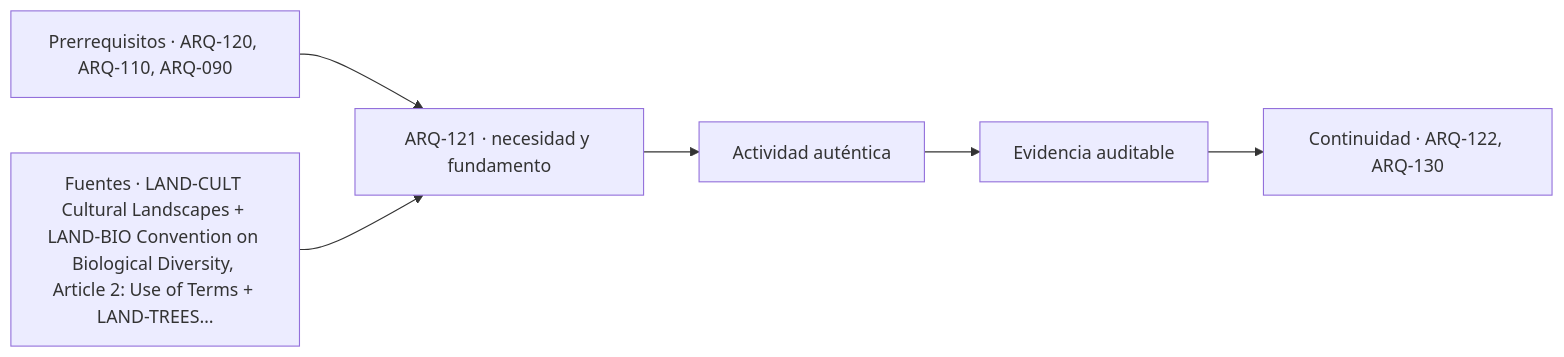
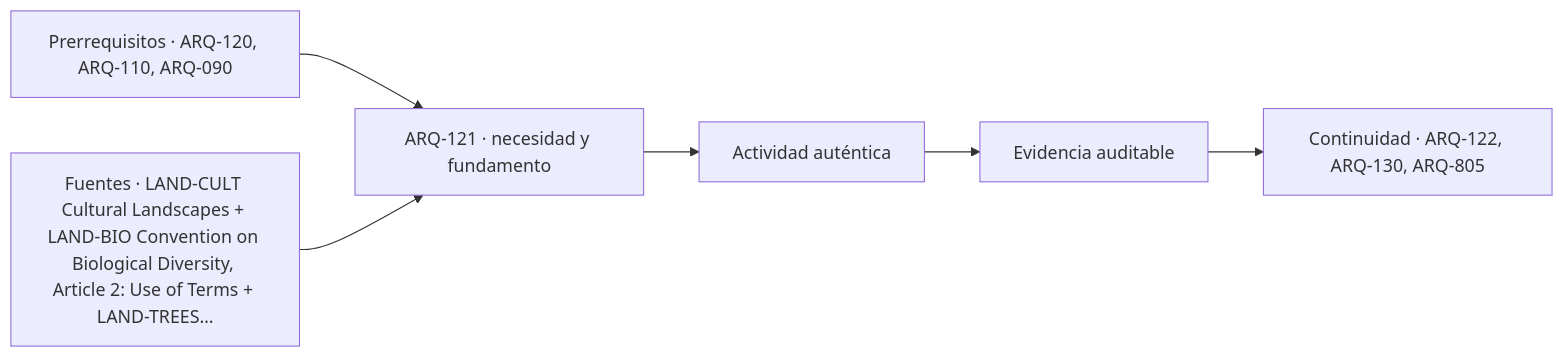
The diagram in classes/parte-13/ARQ-121.md (vladimiracunadev-create/architecture-built-environment-learning-program), drawn with Mermaid before and after one commit. The commit also changed other lines of this file and 234 other files, not shown here.

````diff
--- a/classes/parte-13/ARQ-121.md
+++ b/classes/parte-13/ARQ-121.md
@@ -124,8 +124,8 @@
 ```mermaid
 flowchart LR
     A["Prerrequisitos · ARQ-120, ARQ-110, ARQ-090"] --> B["ARQ-121 · necesidad y fundamento"]
     S["Fuentes · LAND-CULT Cultural Landscapes + LAND-BIO Convention on Biological Diversity, Article 2: Use of Terms + LAND-TREES…"] --> B
     B --> C["Actividad auténtica"]
     C --> D["Evidencia auditable"]
-    D --> E["Continuidad · ARQ-122, ARQ-130"]
+    D --> E["Continuidad · ARQ-122, ARQ-130, ARQ-805"]
 ```
````
